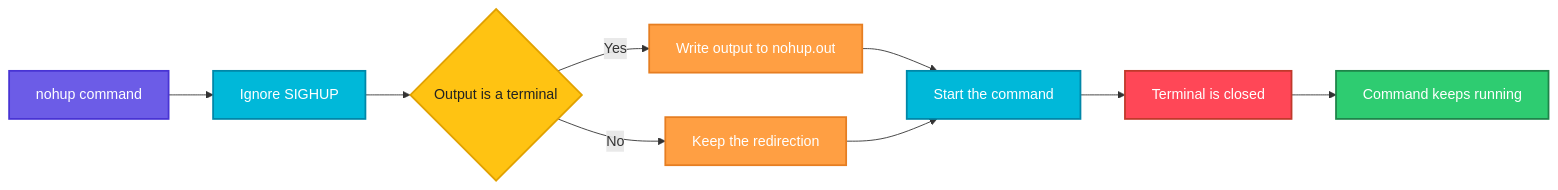
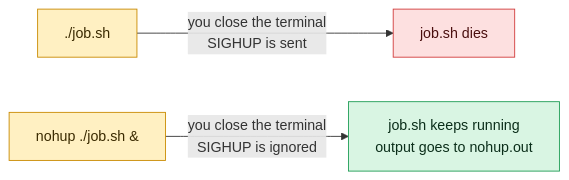
Before and after one commit to codeKerdosTech/DevOps-Documentation: the diagram in linux/process-management/nohup.md, drawn with Mermaid. The commit also changed other lines of this file and 165 other files, not shown here.

Commit message:
updated diagrams in linux

````diff
--- a/linux/process-management/nohup.md
+++ b/linux/process-management/nohup.md
@@ -35,24 +35,13 @@
 ```mermaid
 flowchart LR
-    A[nohup command] --> B[Ignore SIGHUP]
-    B --> C{Output is a terminal}
-    C -->|Yes| D[Write output to nohup.out]
-    C -->|No| E[Keep the redirection]
-    D --> F[Start the command]
-    E --> F
-    F --> G[Terminal is closed]
-    G --> H[Command keeps running]
-    classDef start fill:#6C5CE7,stroke:#4834D4,stroke-width:2px,color:#fff
-    classDef proc fill:#00B8D9,stroke:#0087A8,stroke-width:2px,color:#fff
-    classDef dec fill:#FFC312,stroke:#E1A100,stroke-width:2px,color:#222
-    classDef ok fill:#2ECC71,stroke:#1E8449,stroke-width:2px,color:#fff
-    classDef err fill:#FF4757,stroke:#C0392B,stroke-width:2px,color:#fff
-    classDef out fill:#FD79A8,stroke:#E84393,stroke-width:2px,color:#fff
-    classDef alt fill:#FF9F43,stroke:#E67E22,stroke-width:2px,color:#fff
-    class A start
-    class B,F proc
-    class C dec
-    class D,E alt
-    class G err
-    class H ok
+    c1[./job.sh] -->|you close the terminal<br/>SIGHUP is sent| x1[job.sh dies]
+    c2[nohup ./job.sh &] -->|you close the terminal<br/>SIGHUP is ignored| o1[job.sh keeps running<br/>output goes to nohup.out]
+    classDef inp fill:#DCEBFF,stroke:#2F6FDE,color:#10213F
+    classDef cmd fill:#FFF0C2,stroke:#C98A00,color:#3A2A00
+    classDef out fill:#D9F5E3,stroke:#1F9D55,color:#0B2E1A
+    classDef bad fill:#FDE0E0,stroke:#D13B3B,color:#4A0F0F
+    classDef note fill:#ECEFF3,stroke:#7B8794,color:#1F2933
+    class c1,c2 cmd
+    class x1 bad
+    class o1 out
 ```
````
